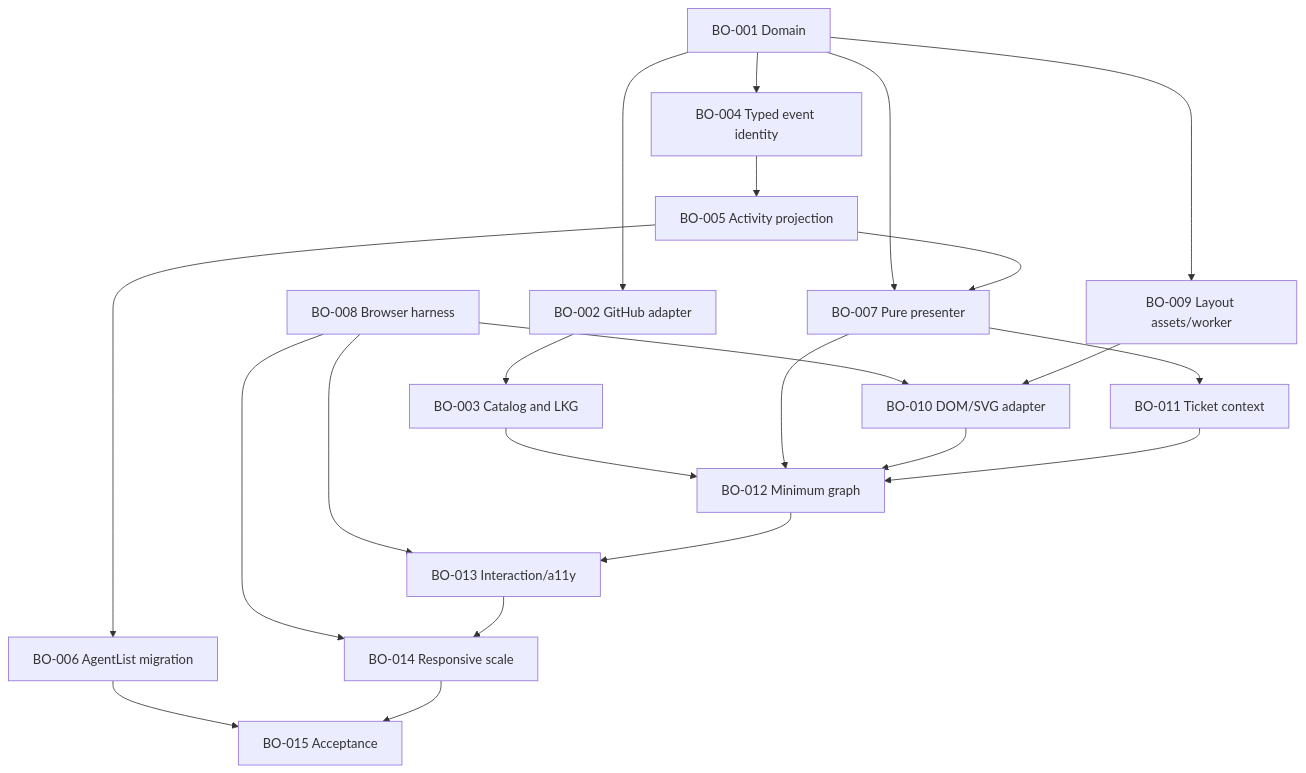
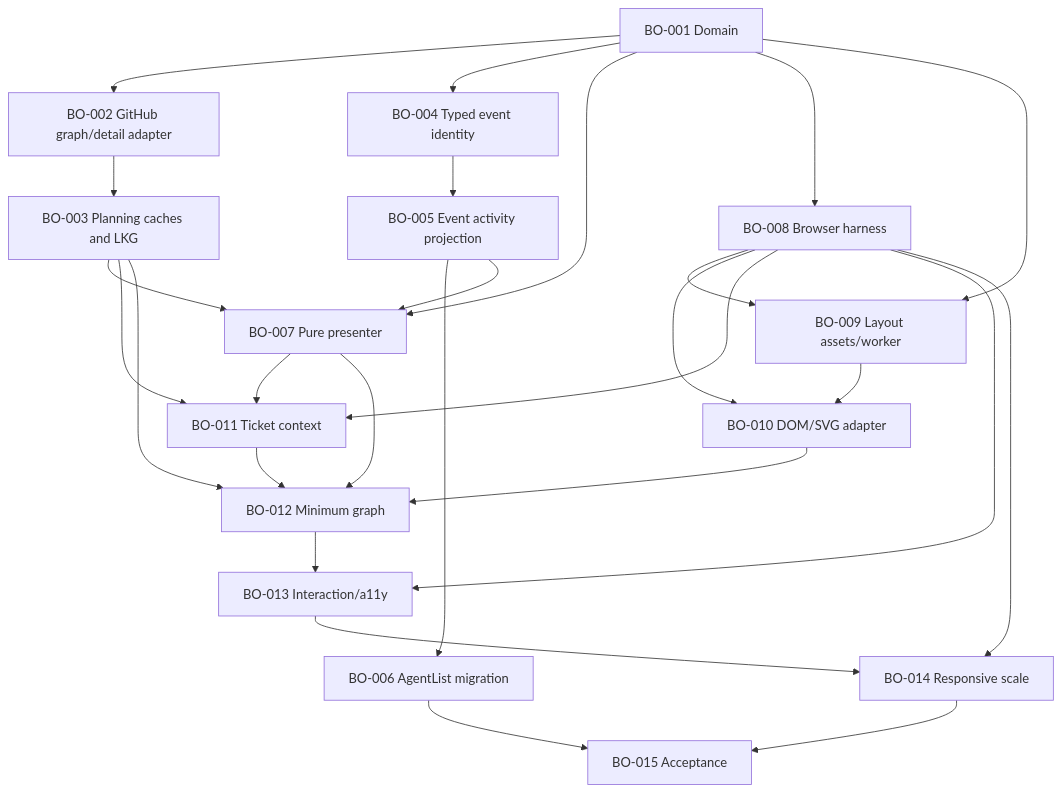
One commit to aiur-team/aiur changed the diagram in docs/build-order/README.md. Above: the diagram before and after it, drawn with Mermaid. The commit also changed other lines of this file and 63 other files, not shown here.

````diff
--- a/docs/build-order/README.md
+++ b/docs/build-order/README.md
@@ -44,25 +48,29 @@
 ```mermaid
 graph TD
-  B1[BO-001 Domain] --> B2[BO-002 GitHub adapter]
-  B2 --> B3[BO-003 Catalog and LKG]
+  B1[BO-001 Domain] --> B2[BO-002 GitHub graph/detail adapter]
+  B2 --> B3[BO-003 Planning caches and LKG]
   B1 --> B4[BO-004 Typed event identity]
-  B4 --> B5[BO-005 Activity projection]
+  B4 --> B5[BO-005 Event activity projection]
   B5 --> B6[BO-006 AgentList migration]
   B1 --> B7[BO-007 Pure presenter]
+  B3 --> B7
   B5 --> B7
-  B8[BO-008 Browser harness]
+  B1 --> B8[BO-008 Browser harness]
   B1 --> B9[BO-009 Layout assets/worker]
+  B8 --> B9
   B8 --> B10[BO-010 DOM/SVG adapter]
   B9 --> B10
-  B7 --> B11[BO-011 Ticket context]
+  B3 --> B11[BO-011 Ticket context]
+  B7 --> B11
+  B8 --> B11
   B3 --> B12[BO-012 Minimum graph]
   B7 --> B12
   B10 --> B12
   B11 --> B12
   B8 --> B13[BO-013 Interaction/a11y]
   B12 --> B13
   B8 --> B14[BO-014 Responsive scale]
   B13 --> B14
   B6 --> B15[BO-015 Acceptance]
   B14 --> B15
 ```
````
